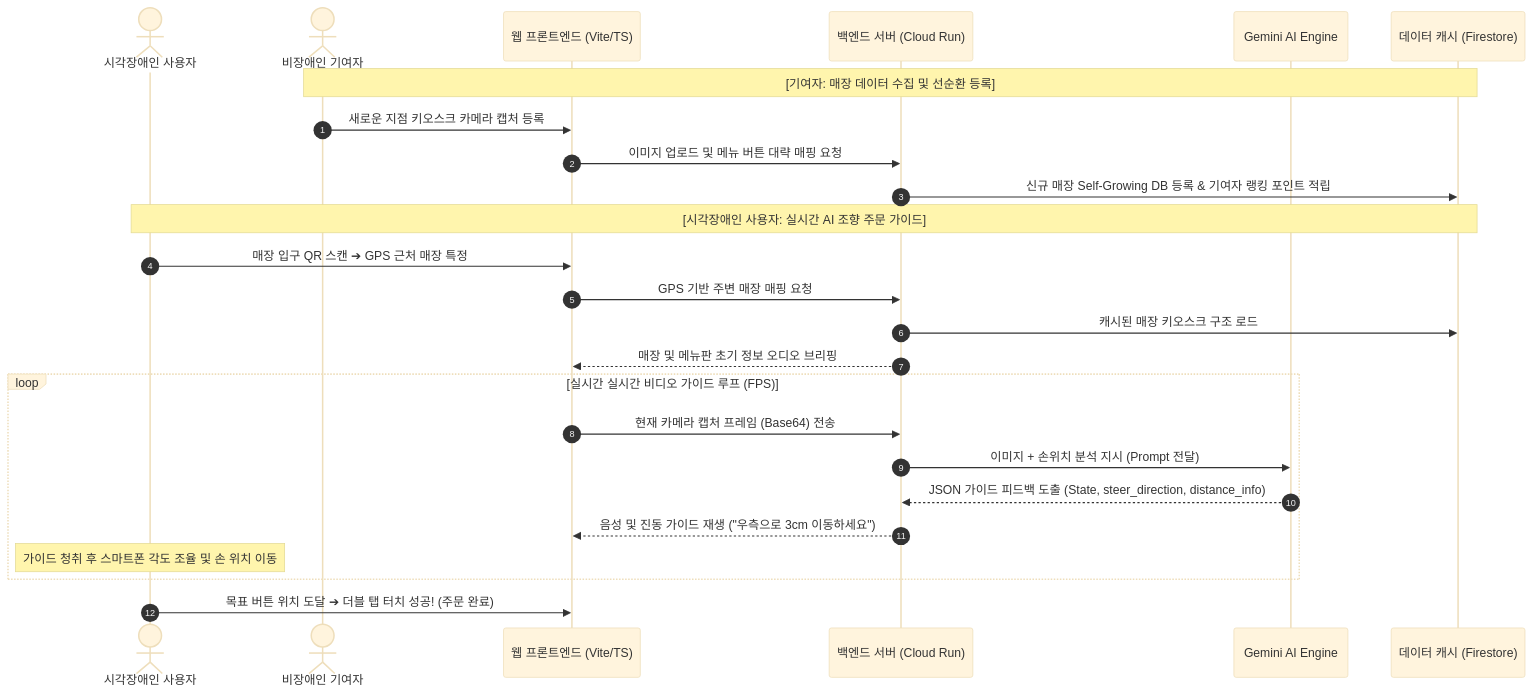
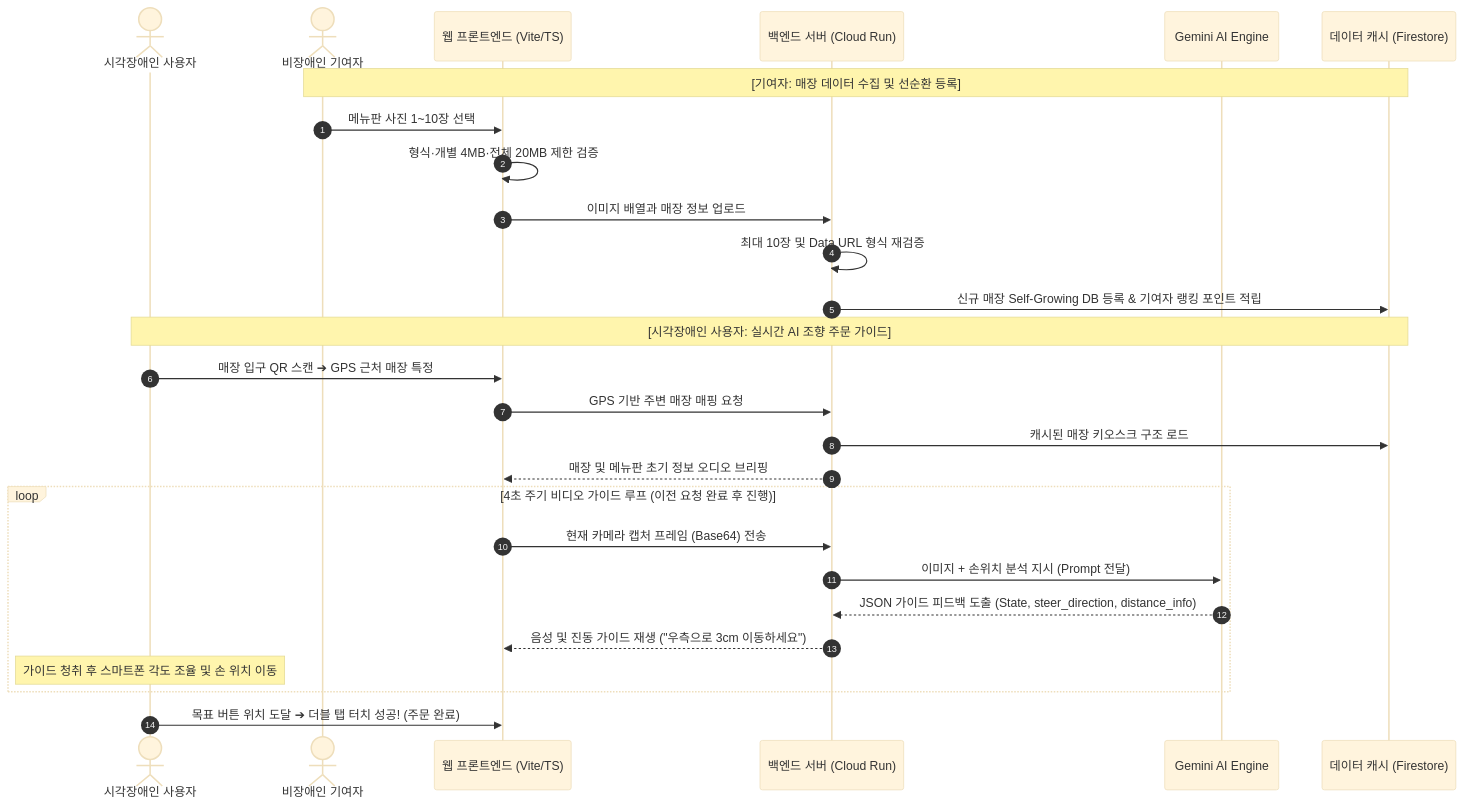
The third of 3 diagrams in README.md (SeungrokYoon/2026-studyjam-echo-menu), drawn with Mermaid (base theme) before and after one commit. The commit also changed other lines of this file and 11 other files, not shown here.

````diff
--- a/README.md
+++ b/README.md
@@ -77,33 +81,35 @@
 ```mermaid
 sequenceDiagram
     autonumber
     actor User as 시각장애인 사용자
     actor Contributor as 비장애인 기여자
     participant Web as 웹 프론트엔드 (Vite/TS)
     participant Server as 백엔드 서버 (Cloud Run)
     participant Gemini as Gemini AI Engine
     participant DB as 데이터 캐시 (Firestore)
 
     %% 기여자 흐름
     Note over Contributor, DB: [기여자: 매장 데이터 수집 및 선순환 등록]
-    Contributor->>Web: 새로운 지점 키오스크 카메라 캡처 등록
-    Web->>Server: 이미지 업로드 및 메뉴 버튼 대략 매핑 요청
+    Contributor->>Web: 메뉴판 사진 1~10장 선택
+    Web->>Web: 형식·개별 4MB·전체 20MB 제한 검증
+    Web->>Server: 이미지 배열과 매장 정보 업로드
+    Server->>Server: 최대 10장 및 Data URL 형식 재검증
     Server->>DB: 신규 매장 Self-Growing DB 등록 & 기여자 랭킹 포인트 적립
 
     %% 수혜자 흐름
     Note over User, DB: [시각장애인 사용자: 실시간 AI 조향 주문 가이드]
     User->>Web: 매장 입구 QR 스캔 ➔ GPS 근처 매장 특정
     Web->>Server: GPS 기반 주변 매장 매핑 요청
     Server->>DB: 캐시된 매장 키오스크 구조 로드
     Server-->>Web: 매장 및 메뉴판 초기 정보 오디오 브리핑
 
-    loop 실시간 실시간 비디오 가이드 루프 (FPS)
+    loop 4초 주기 비디오 가이드 루프 (이전 요청 완료 후 진행)
         Web->>Server: 현재 카메라 캡처 프레임 (Base64) 전송
         Server->>Gemini: 이미지 + 손위치 분석 지시 (Prompt 전달)
         Gemini-->>Server: JSON 가이드 피드백 도출 (State, steer_direction, distance_info)
         Server-->>Web: 음성 및 진동 가이드 재생 ("우측으로 3cm 이동하세요")
         Note over User: 가이드 청취 후 스마트폰 각도 조율 및 손 위치 이동
     end
     
     User->>Web: 목표 버튼 위치 도달 ➔ 더블 탭 터치 성공! (주문 완료)
 ```
````
